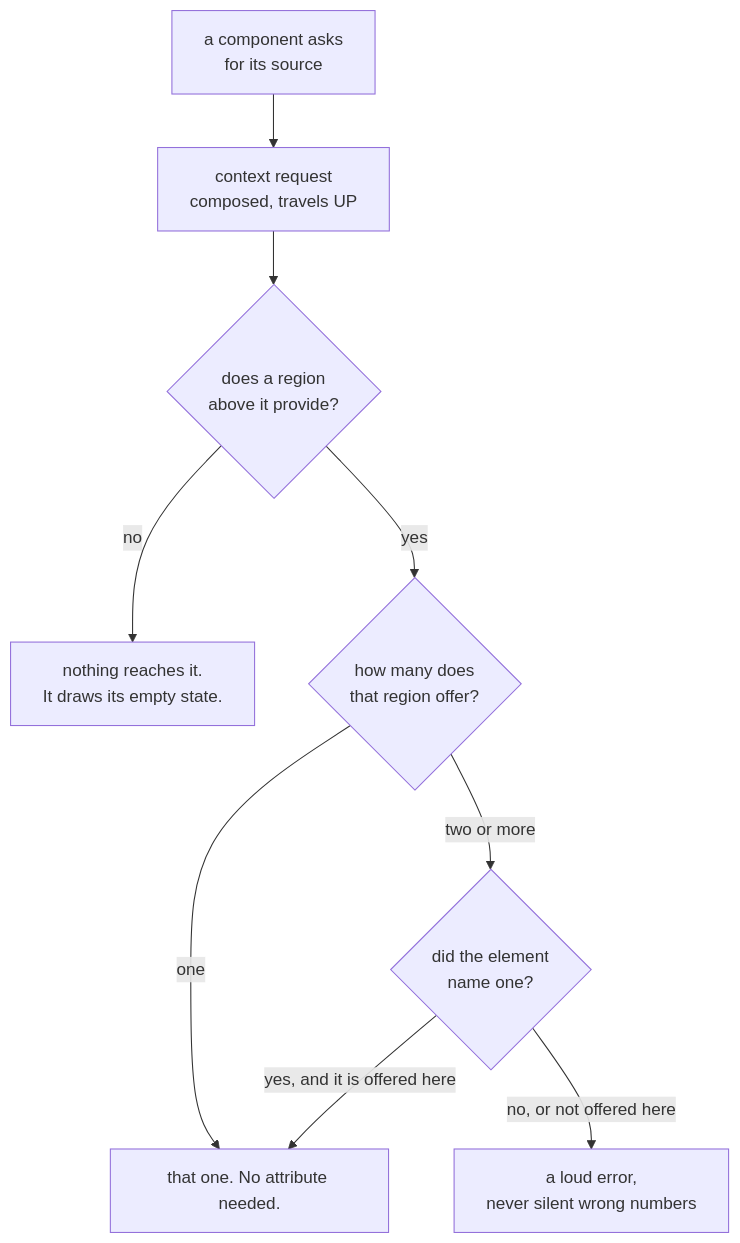
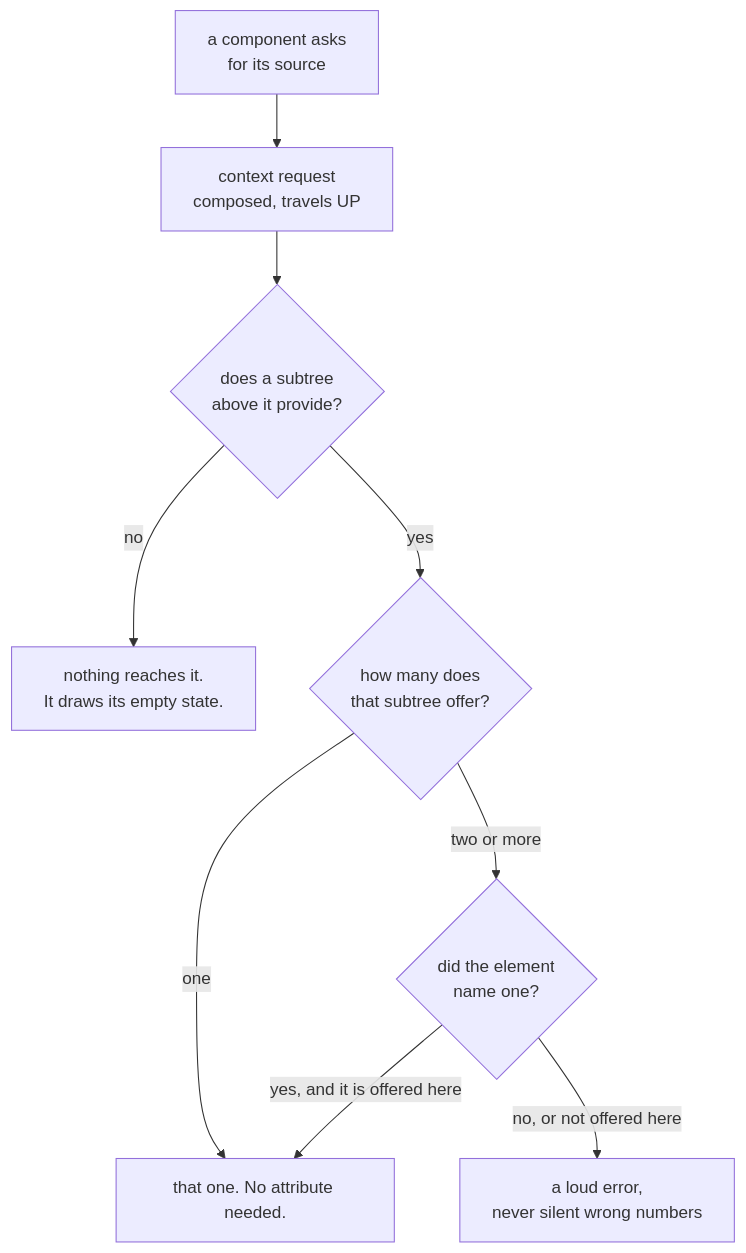
The fifth of 11 diagrams in docs/FILTER-REVIEW.md (Mincher/sherpa-ui), drawn with Mermaid before and after one commit. The commit also changed other lines of this file and 6 other files, not shown here.

Commit message:
docs(provider): the part of the page a provider wraps is a SUBTREE, not a region (Will, decision 3)

````diff
--- a/docs/FILTER-REVIEW.md
+++ b/docs/FILTER-REVIEW.md
@@ -964,11 +964,11 @@
 ```mermaid
 flowchart TB
   EL["a component asks<br/>for its source"] --> REQ["context request<br/>composed, travels UP"]
-  REQ --> REG{"does a region<br/>above it provide?"}
+  REQ --> REG{"does a subtree<br/>above it provide?"}
   REG -- "no" --> NONE["nothing reaches it.<br/>It draws its empty state."]
-  REG -- "yes" --> HOW{"how many does<br/>that region offer?"}
+  REG -- "yes" --> HOW{"how many does<br/>that subtree offer?"}
   HOW -- "one" --> OK["that one. No attribute needed."]
   HOW -- "two or more" --> NAMED{"did the element<br/>name one?"}
   NAMED -- "yes, and it is offered here" --> OK
   NAMED -- "no, or not offered here" --> LOUD["a loud error,<br/>never silent wrong numbers"]
 ```
````
